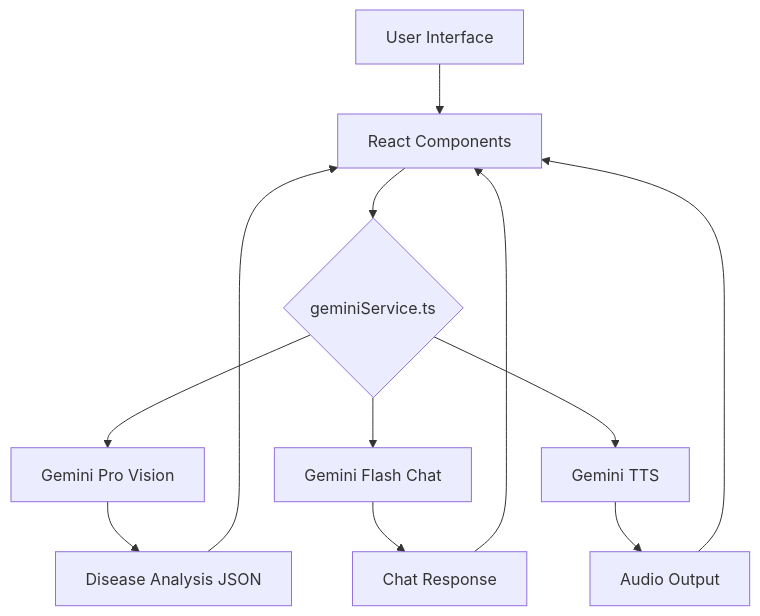
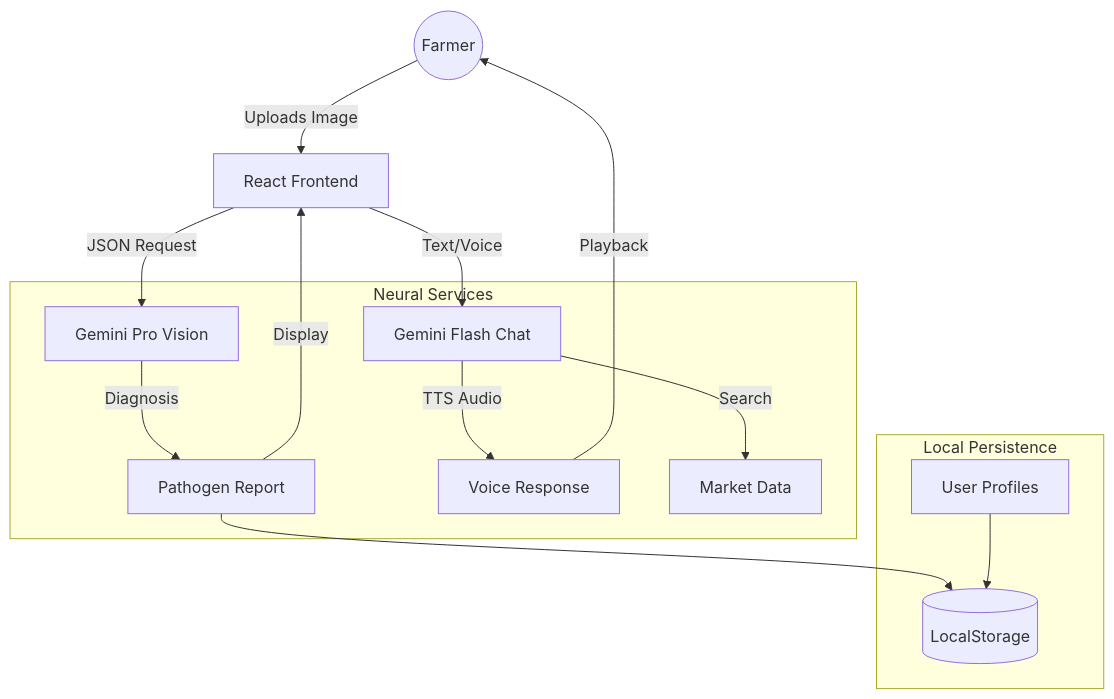
The diagram in README.md (Tharungowdapr/AGRI-AI), drawn with Mermaid before and after one commit. The commit also changed other lines of this file and 2 other files, not shown here.

Commit message:
docs: 📚 Enhance documentation with professional formatting, diagrams, and thesis guide

````diff
--- a/README.md
+++ b/README.md
@@ -187,14 +69,20 @@
 ```mermaid
 graph TD
-    A[User Interface] --> B[React Components]
-    B --> C{geminiService.ts}
-    C --> D[Gemini Pro Vision]
-    C --> E[Gemini Flash Chat]
-    C --> F[Gemini TTS]
-    D --> G[Disease Analysis JSON]
-    E --> H[Chat Response]
-    F --> I[Audio Output]
-    G --> B
-    H --> B
-    I --> B
+    User((Farmer)) -->|Uploads Image| UI[React Frontend]
+    UI -->|JSON Request| Vision[Gemini Pro Vision]
+    UI -->|Text/Voice| Chat[Gemini Flash Chat]
+    
+    subgraph "Neural Services"
+        Vision -->|Diagnosis| Analysis[Pathogen Report]
+        Chat -->|TTS Audio| Audio[Voice Response]
+        Chat -->|Search| Search[Market Data]
+    end
+    
+    subgraph "Local Persistence"
+        Analysis --> DB[(LocalStorage)]
+        UserDB[User Profiles] --> DB
+    end
+    
+    Analysis -->|Display| UI
+    Audio -->|Playback| User
 ```
````
